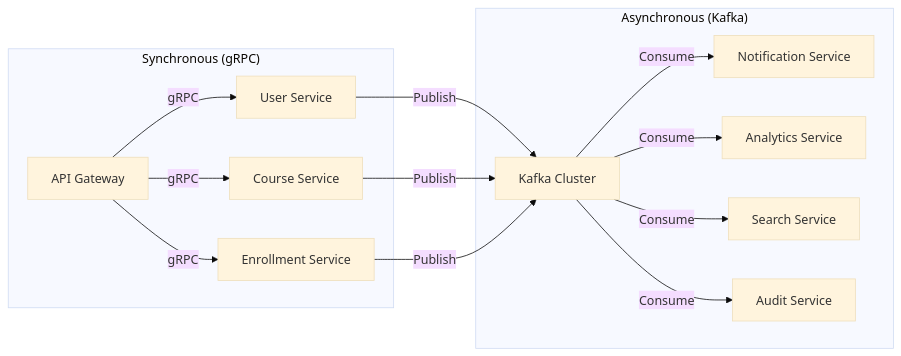
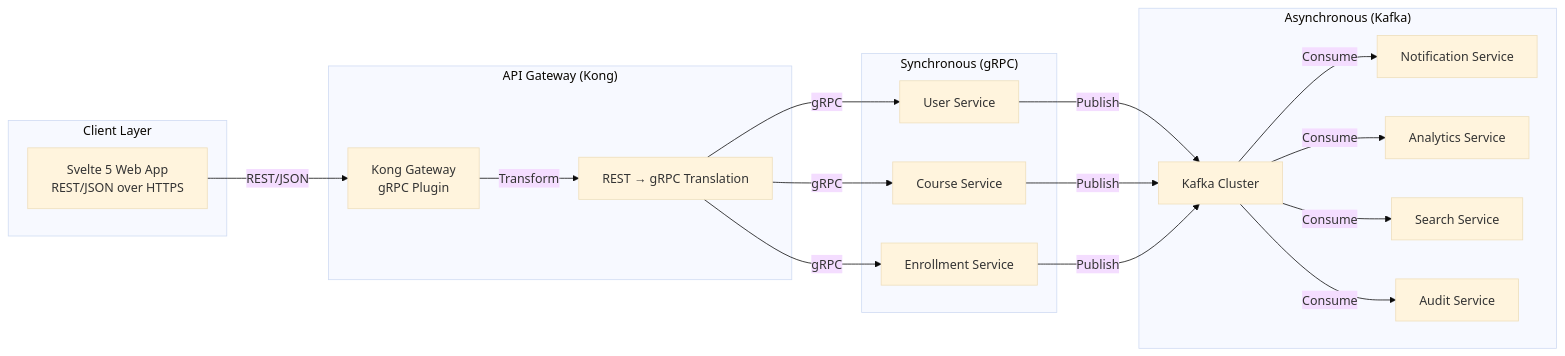
Before and after one commit to MuhibNayem/SkillForge: the ninth of 28 diagrams in docs/ARCHITECTURE.md, drawn with Mermaid (base theme). The commit also changed other lines of this file and 108 other files, not shown here.

Commit message:
feat: Implement initial microservices architecture for SkillForge, including Go services, Svelte client, and foundational infrastructure.

````diff
--- a/docs/ARCHITECTURE.md
+++ b/docs/ARCHITECTURE.md
@@ -764,30 +950,40 @@
 ```mermaid
 flowchart LR
+    subgraph "Client Layer"
+        client[Svelte 5 Web App<br/>REST/JSON over HTTPS]
+    end
+
+    subgraph "API Gateway (Kong)"
+        kong[Kong Gateway<br/>gRPC Plugin]
+        transform[REST → gRPC Translation]
+    end
+
     subgraph "Synchronous (gRPC)"
-        gateway[API Gateway]
         user_svc[User Service]
         course_svc[Course Service]
         enroll_svc[Enrollment Service]
     end
-    
+
     subgraph "Asynchronous (Kafka)"
         kafka[Kafka Cluster]
         notification_svc[Notification Service]
         analytics_svc[Analytics Service]
         search_svc[Search Service]
         audit_svc[Audit Service]
     end
-    
-    gateway -->|gRPC| user_svc
-    gateway -->|gRPC| course_svc
-    gateway -->|gRPC| enroll_svc
-    
+
+    client -->|REST/JSON| kong
+    kong -->|Transform| transform
+    transform -->|gRPC| user_svc
+    transform -->|gRPC| course_svc
+    transform -->|gRPC| enroll_svc
+
     user_svc -->|Publish| kafka
     course_svc -->|Publish| kafka
     enroll_svc -->|Publish| kafka
-    
+
     kafka -->|Consume| notification_svc
     kafka -->|Consume| analytics_svc
     kafka -->|Consume| search_svc
     kafka -->|Consume| audit_svc
 ```
````
